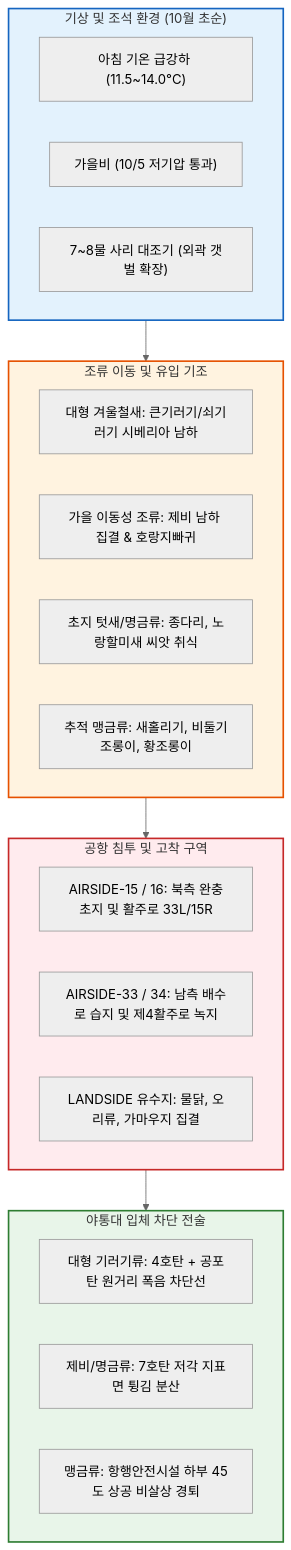
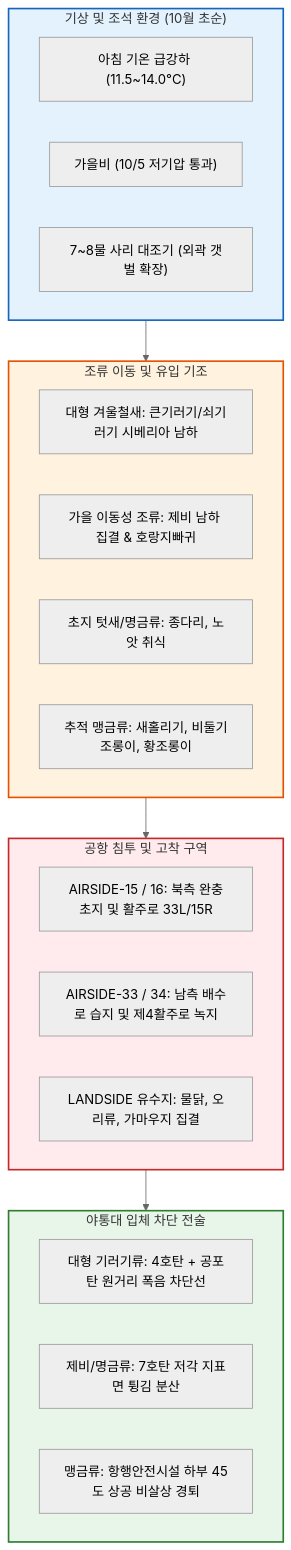
Before and after one commit to moonhac72/iiac-BAT: the diagram in 10_Wiki/🛠️ Projects/야통대_자료/2025년도 야통대/주간별 점검/2025-10-01~10-08_야통대_주간_점검일지_종합.md, drawn with Mermaid (neutral theme). The commit also changed other lines of this file and 3867 other files, not shown here.

````diff
--- a/10_Wiki/🛠️ Projects/야통대_자료/2025년도 야통대/주간별 점검/2025-10-01~10-08_야통대_주간_점검일지_종합.md
+++ b/10_Wiki/🛠️ Projects/야통대_자료/2025년도 야통대/주간별 점검/2025-10-01~10-08_야통대_주간_점검일지_종합.md
@@ -56,36 +56,36 @@
 ```mermaid
 flowchart TD
-    subgraph Weather_Tide["기상 및 조석 환경 (10월 초순)"]
-        W1["아침 기온 급강하 (11.5~14.0°C)"]
-        W2["가을비 (10/5 저기압 통과)"]
-        T1["7~8물 사리 대조기 (외곽 갯벌 확장)"]
-    end
+ subgraph Weather_Tide["기상 및 조석 환경 (10월 초순)"]
+ W1["아침 기온 급강하 (11.5~14.0°C)"]
+ W2["가을비 (10/5 저기압 통과)"]
+ T1["7~8물 사리 대조기 (외곽 갯벌 확장)"]
+ end
 
-    subgraph Avian_Migration["조류 이동 및 유입 기조"]
-        A1["대형 겨울철새: 큰기러기/쇠기러기 시베리아 남하"]
-        A2["가을 이동성 조류: 제비 남하 집결 & 호랑지빠귀"]
-        A3["초지 텃새/명금류: 종다리, 노랑할미새 씨앗 취식"]
-        A4["추적 맹금류: 새홀리기, 비둘기조롱이, 황조롱이"]
-    end
+ subgraph Avian_Migration["조류 이동 및 유입 기조"]
+ A1["대형 겨울철새: 큰기러기/쇠기러기 시베리아 남하"]
+ A2["가을 이동성 조류: 제비 남하 집결 & 호랑지빠귀"]
+ A3["초지 텃새/명금류: 종다리, 노앗 취식"]
+ A4["추적 맹금류: 새홀리기, 비둘기조롱이, 황조롱이"]
+ end
 
-    subgraph Incursion_Paths["공항 침투 및 고착 구역"]
-        P1["AIRSIDE-15 / 16: 북측 완충초지 및 활주로 33L/15R"]
-        P2["AIRSIDE-33 / 34: 남측 배수로 습지 및 제4활주로 녹지"]
-        P3["LANDSIDE 유수지: 물닭, 오리류, 가마우지 집결"]
-    end
+ subgraph Incursion_Paths["공항 침투 및 고착 구역"]
+ P1["AIRSIDE-15 / 16: 북측 완충초지 및 활주로 33L/15R"]
+ P2["AIRSIDE-33 / 34: 남측 배수로 습지 및 제4활주로 녹지"]
+ P3["LANDSIDE 유수지: 물닭, 오리류, 가마우지 집결"]
+ end
 
-    subgraph Tactical_Defense["야통대 입체 차단 전술"]
-        D1["대형 기러기류: 4호탄 + 공포탄 원거리 폭음 차단선"]
-        D2["제비/명금류: 7호탄 저각 지표면 튕김 분산"]
-        D3["맹금류: 항행안전시설 하부 45도 상공 비살상 경퇴"]
-    end
+ subgraph Tactical_Defense["야통대 입체 차단 전술"]
+ D1["대형 기러기류: 4호탄 + 공포탄 원거리 폭음 차단선"]
+ D2["제비/명금류: 7호탄 저각 지표면 튕김 분산"]
+ D3["맹금류: 항행안전시설 하부 45도 상공 비살상 경퇴"]
+ end
 
-    Weather_Tide --> Avian_Migration
-    Avian_Migration --> Incursion_Paths
-    Incursion_Paths --> Tactical_Defense
+ Weather_Tide --> Avian_Migration
+ Avian_Migration --> Incursion_Paths
+ Incursion_Paths --> Tactical_Defense
 
-    style Weather_Tide fill:#e3f2fd,stroke:#1565c0,stroke-width:2px;
-    style Avian_Migration fill:#fff3e0,stroke:#e65100,stroke-width:2px;
-    style Incursion_Paths fill:#ffebee,stroke:#c62828,stroke-width:2px;
-    style Tactical_Defense fill:#e8f5e9,stroke:#2e7d32,stroke-width:2px;
+ style Weather_Tide fill:#e3f2fd,stroke:#1565c0,stroke-width:2px;
+ style Avian_Migration fill:#fff3e0,stroke:#e65100,stroke-width:2px;
+ style Incursion_Paths fill:#ffebee,stroke:#c62828,stroke-width:2px;
+ style Tactical_Defense fill:#e8f5e9,stroke:#2e7d32,stroke-width:2px;
 ```
````
